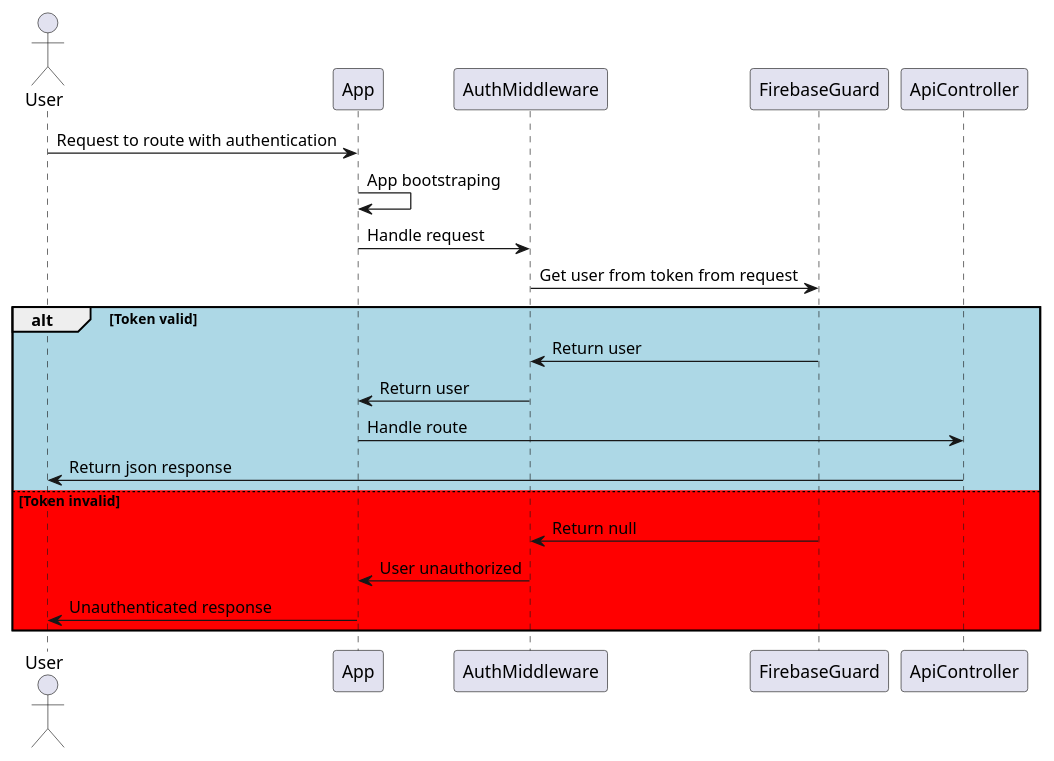
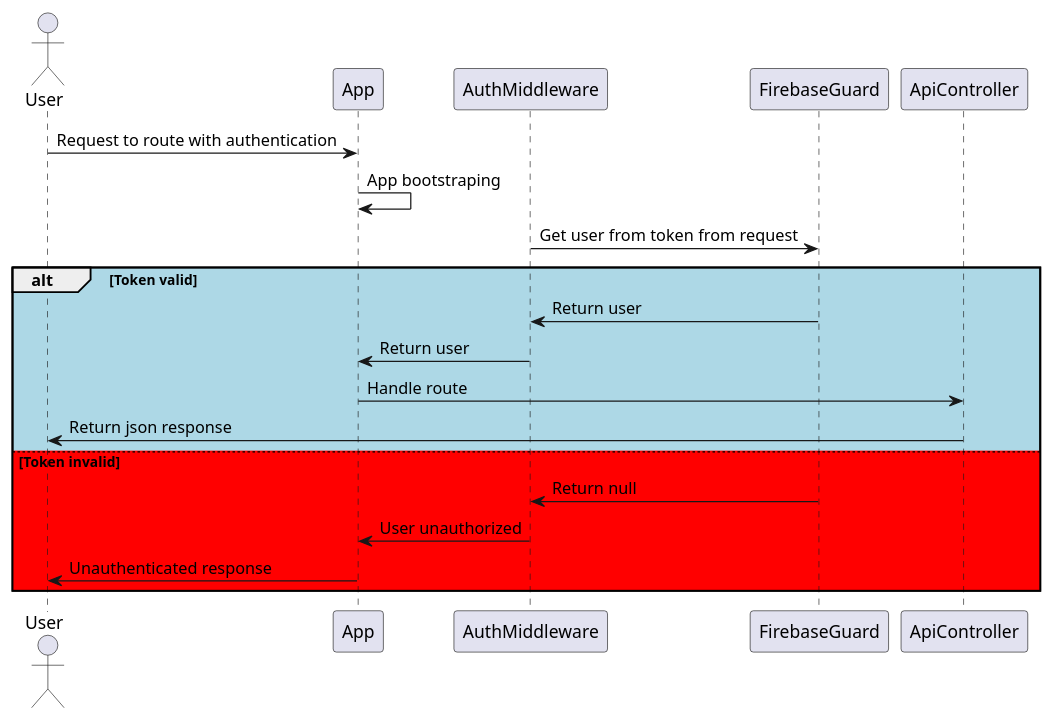
One commit to mjakubowski99/words_app changed the diagram in docs/Auth/sequence/authentication.puml. Above: the diagram before and after it, drawn with PlantUML. The commit also changed 14 other files, not shown here.

```diff
--- a/docs/Auth/sequence/authentication.puml
+++ b/docs/Auth/sequence/authentication.puml
@@ -1,20 +1,19 @@
 @startuml
 
 actor User
 
 User -> App: Request to route with authentication
 App -> App: App bootstraping
-App -> AuthMiddleware: Handle request
 AuthMiddleware -> FirebaseGuard: Get user from token from request
 alt #LightBlue Token valid
     AuthMiddleware <- FirebaseGuard: Return user
     AuthMiddleware -> App: Return user
     App -> ApiController: Handle route
     ApiController -> User: Return json response
 else #Red Token invalid
     AuthMiddleware <- FirebaseGuard: Return null
     AuthMiddleware -> App: User unauthorized
     App -> User: Unauthenticated response
 end
 
 @enduml
```
